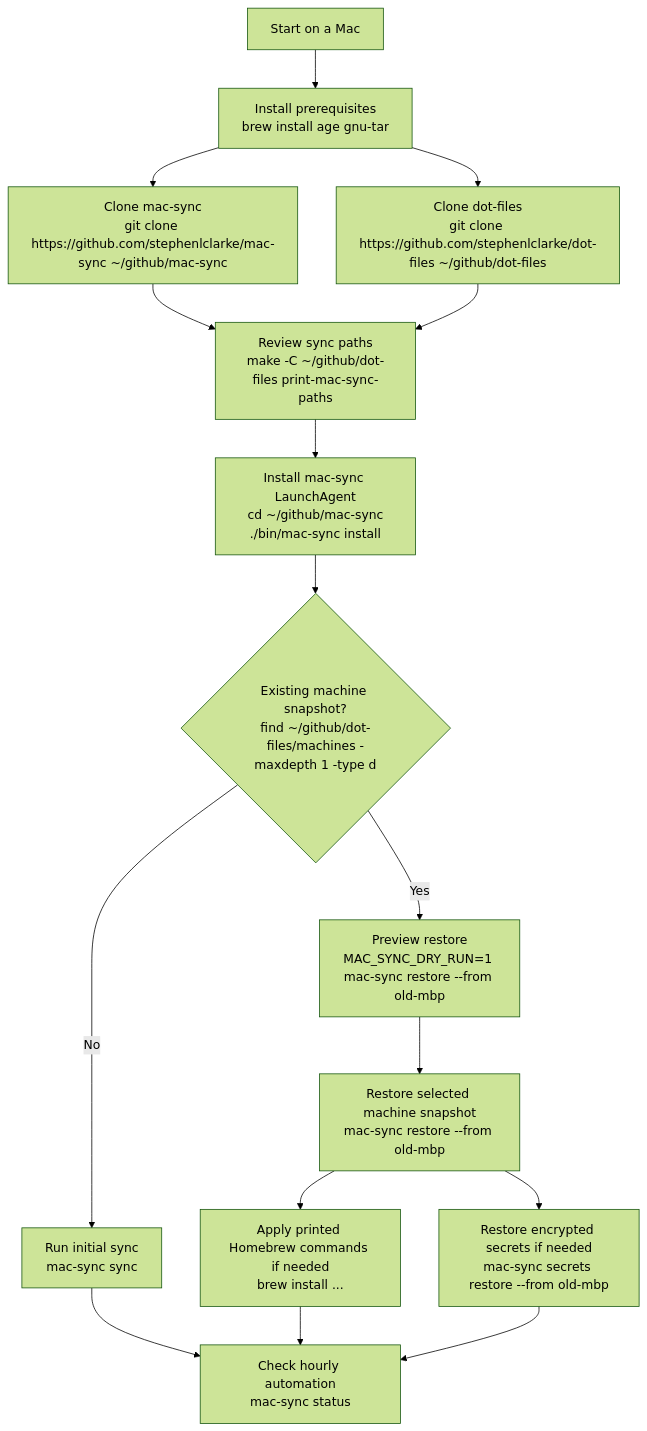
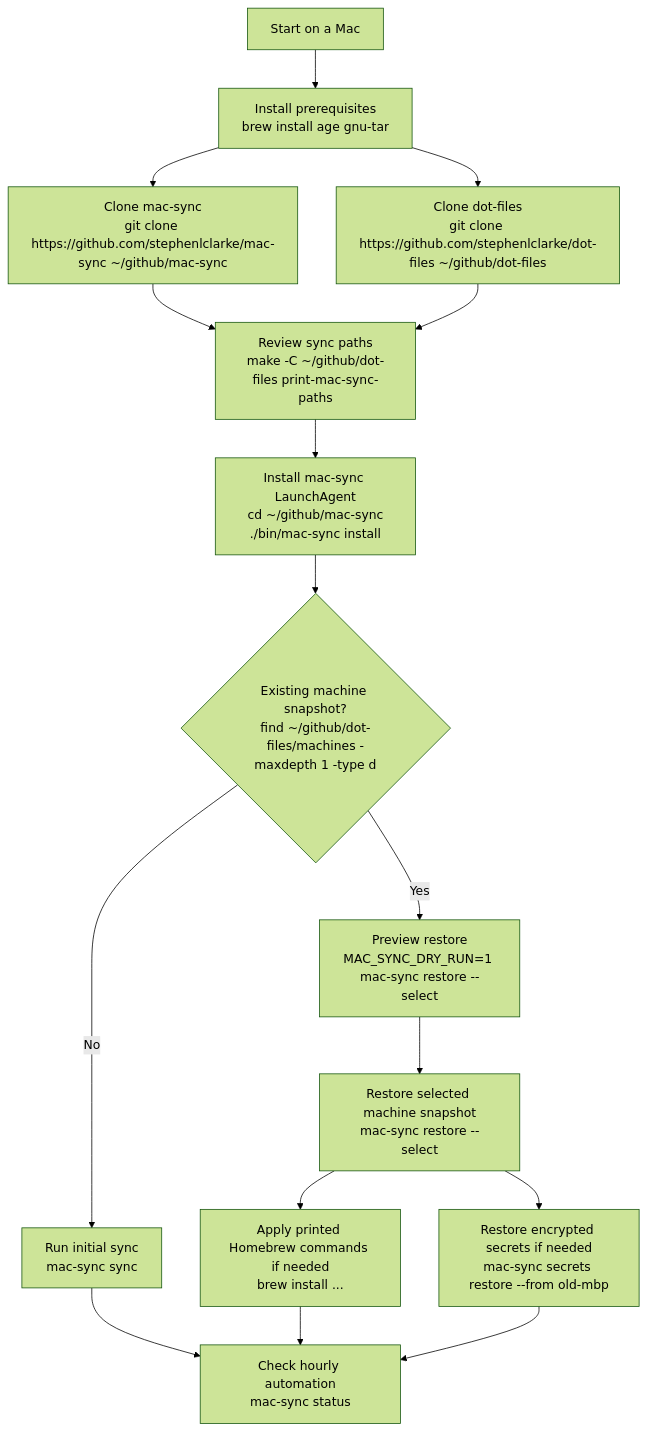
One commit to stephenlclarke/mac-sync changed the first of 4 diagrams in WORKFLOW.md. Above: the diagram before and after it, drawn with Mermaid (forest theme). The commit also changed other lines of this file and 8 other files, not shown here.

````diff
--- a/WORKFLOW.md
+++ b/WORKFLOW.md
@@ -15,18 +16,18 @@
 ```mermaid
 flowchart TD
   A["Start on a Mac"] --> B["Install prerequisites<br/>brew install age gnu-tar"]
   B --> C["Clone mac-sync<br/>git clone https://github.com/stephenlclarke/mac-sync ~/github/mac-sync"]
   B --> D["Clone dot-files<br/>git clone https://github.com/stephenlclarke/dot-files ~/github/dot-files"]
   C --> E["Review sync paths<br/>make -C ~/github/dot-files print-mac-sync-paths"]
   D --> E
   E --> F["Install mac-sync LaunchAgent<br/>cd ~/github/mac-sync<br/>./bin/mac-sync install"]
   F --> G{"Existing machine snapshot?<br/>find ~/github/dot-files/machines -maxdepth 1 -type d"}
   G -- "No" --> H["Run initial sync<br/>mac-sync sync"]
-  G -- "Yes" --> I["Preview restore<br/>MAC_SYNC_DRY_RUN=1 mac-sync restore --from old-mbp"]
-  I --> J["Restore selected machine snapshot<br/>mac-sync restore --from old-mbp"]
+  G -- "Yes" --> I["Preview restore<br/>MAC_SYNC_DRY_RUN=1 mac-sync restore --select"]
+  I --> J["Restore selected machine snapshot<br/>mac-sync restore --select"]
   J --> K["Apply printed Homebrew commands if needed<br/>brew install ..."]
   J --> L["Restore encrypted secrets if needed<br/>mac-sync secrets restore --from old-mbp"]
   H --> M["Check hourly automation<br/>mac-sync status"]
   K --> M
   L --> M
 ```
````
